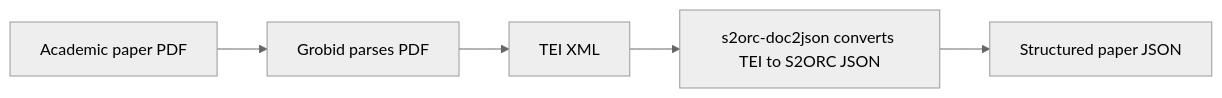
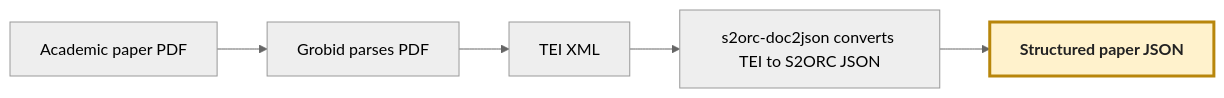
Before and after one commit to jimthompson5802/paper2code-ple: the first of 6 diagrams in README.md, drawn with Mermaid (neutral theme). The commit also changed other lines of this file, not shown here.

Commit message:
Enhance flowchart styling in README.md for improved visual clarity and consistency

````diff
--- a/README.md
+++ b/README.md
@@ -74,4 +74,6 @@
 ```mermaid
 flowchart LR
   pdf[Academic paper PDF] --> grobid[Grobid parses PDF] --> tei[TEI XML] --> convert[s2orc-doc2json converts TEI to S2ORC JSON] --> json[Structured paper JSON]
+  classDef transition fill:#fff2cc,stroke:#b8860b,stroke-width:3px,color:#222,font-weight:bold
+  class json transition
 ```
````
